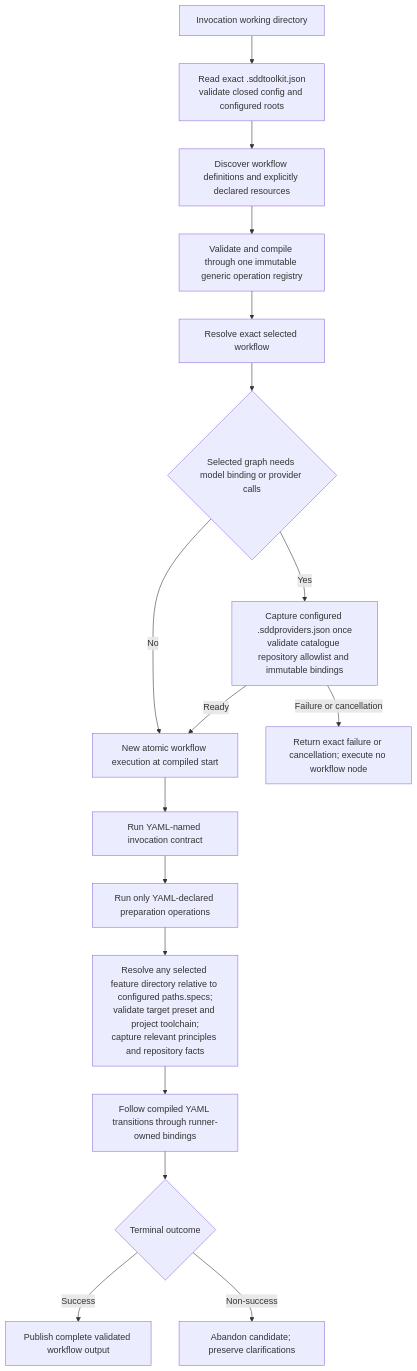
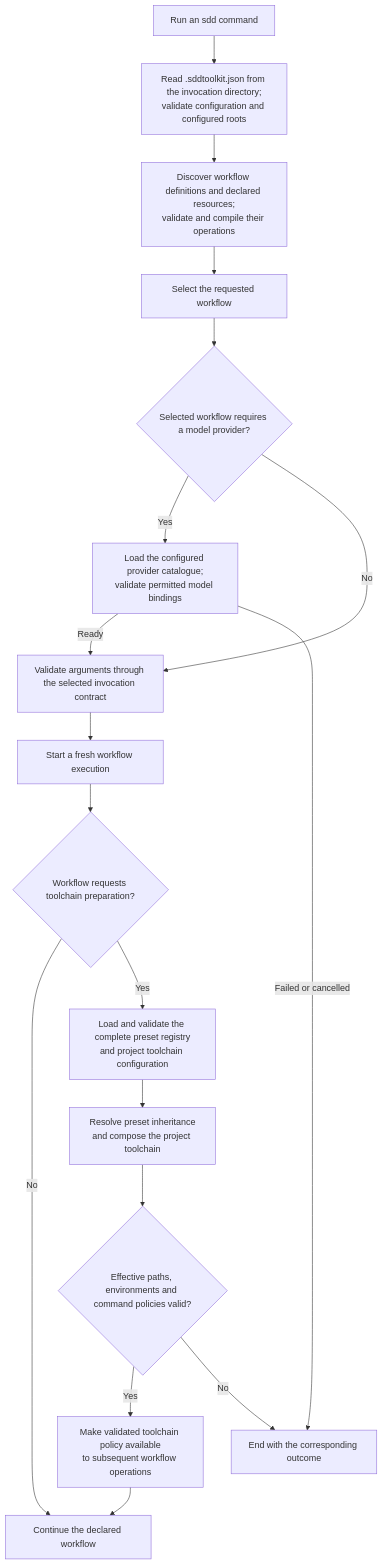
One commit to littledespot/sdde changed the diagram in design/diagrams/08-toolchain-preset-bootstrap.md. Above: the diagram before and after it, drawn with Mermaid. The commit also changed other lines of this file and 79 other files, not shown here.

````diff
--- a/design/diagrams/08-toolchain-preset-bootstrap.md
+++ b/design/diagrams/08-toolchain-preset-bootstrap.md
@@ -4,19 +3,20 @@
 ```mermaid
 flowchart TD
-    CLI[Invocation working directory] --> CONFIG[Read exact .sddtoolkit.json<br/>validate closed config and configured roots]
-    CONFIG --> INVENTORY[Discover workflow definitions and explicitly declared resources]
-    INVENTORY --> COMPILE[Validate and compile through one immutable generic operation registry]
-    COMPILE --> SELECT[Resolve exact selected workflow]
-    SELECT --> REQUIRE{Selected graph needs model binding or provider calls}
-    REQUIRE -- No --> START[New atomic workflow execution at compiled start]
-    REQUIRE -- Yes --> PROVIDERS[Capture configured .sddproviders.json once<br/>validate catalogue repository allowlist and immutable bindings]
-    PROVIDERS -- Ready --> START
-    PROVIDERS -- Failure or cancellation --> STOP[Return exact failure or cancellation; execute no workflow node]
-    START --> INVOKE[Run YAML-named invocation contract]
-    INVOKE --> SETUP[Run only YAML-declared preparation operations]
-    SETUP --> CONTEXT[Resolve any selected feature directory relative to configured paths.specs;<br/>validate target preset and project toolchain;<br/>capture relevant principles and repository facts]
-    CONTEXT --> RUN[Follow compiled YAML transitions through runner-owned bindings]
-    RUN --> END{Terminal outcome}
-    END -- Success --> OUTPUT[Publish complete validated workflow output]
-    END -- Non-success --> ABANDON[Abandon candidate; preserve clarifications]
+    START["Run an sdd command"] --> CONFIG["Read .sddtoolkit.json from the invocation directory;<br/>validate configuration and configured roots"]
+    CONFIG --> WORKFLOWS["Discover workflow definitions and declared resources;<br/>validate and compile their operations"]
+    WORKFLOWS --> SELECT["Select the requested workflow"]
+    SELECT --> MODEL{"Selected workflow requires a model provider?"}
+    MODEL -->|Yes| PROVIDERS["Load the configured provider catalogue;<br/>validate permitted model bindings"]
+    MODEL -->|No| INVOKE
+    PROVIDERS -->|Ready| INVOKE["Validate arguments through the selected invocation contract"]
+    PROVIDERS -->|Failed or cancelled| STOP["End with the corresponding outcome"]
+    INVOKE --> EXECUTE["Start a fresh workflow execution"]
+    EXECUTE --> TOOLCHAIN{"Workflow requests toolchain preparation?"}
+    TOOLCHAIN -->|No| RUN["Continue the declared workflow"]
+    TOOLCHAIN -->|Yes| PRESETS["Load and validate the complete preset registry<br/>and project toolchain configuration"]
+    PRESETS --> INHERIT["Resolve preset inheritance<br/>and compose the project toolchain"]
+    INHERIT --> SAFETY{"Effective paths, environments and command policies valid?"}
+    SAFETY -->|Yes| PUBLISH["Make validated toolchain policy available<br/>to subsequent workflow operations"]
+    PUBLISH --> RUN
+    SAFETY -->|No| STOP
 ```
````
